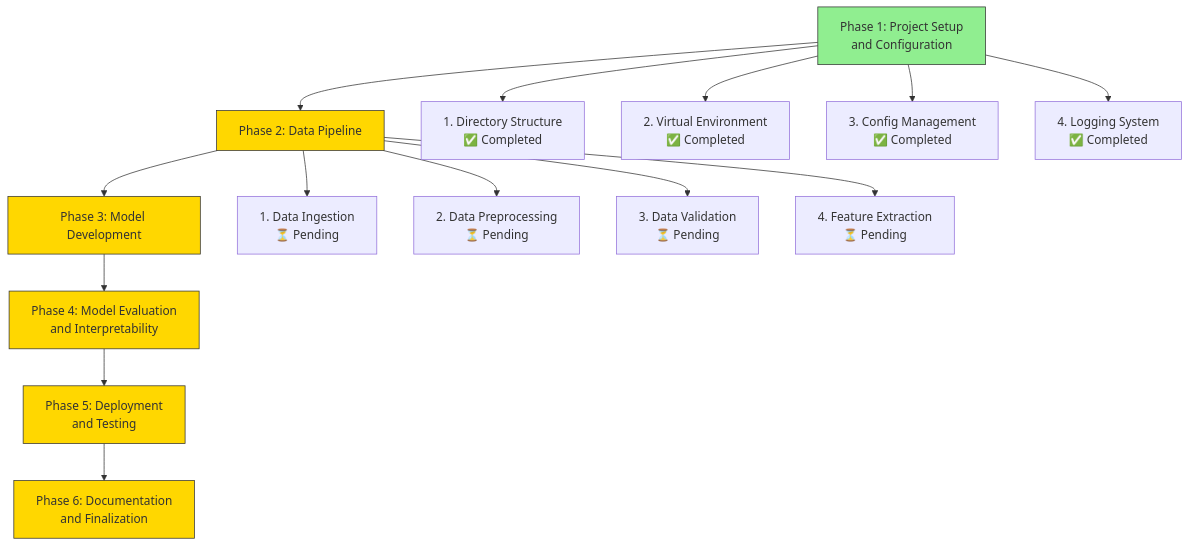
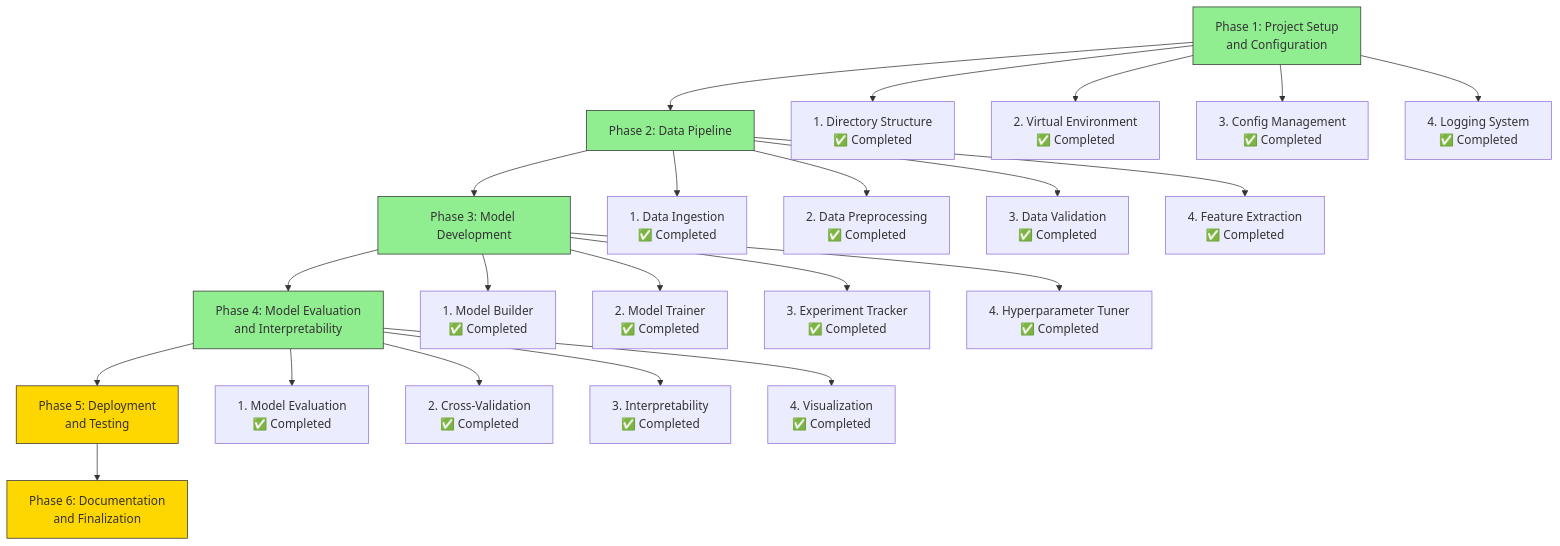
Before and after one commit to BrianZhang2018/ml_pipeline: the diagram in docs/progress_overview.md, drawn with Mermaid. The commit also changed other lines of this file and 17 other files, not shown here.

````diff
--- a/docs/progress_overview.md
+++ b/docs/progress_overview.md
@@ -7,25 +7,35 @@
 ```mermaid
 graph TD
     A[Phase 1: Project Setup<br/>and Configuration] --> B[Phase 2: Data Pipeline]
     B --> C[Phase 3: Model Development]
     C --> D[Phase 4: Model Evaluation<br/>and Interpretability]
     D --> E[Phase 5: Deployment<br/>and Testing]
     E --> F[Phase 6: Documentation<br/>and Finalization]
     
     A --> A1[1. Directory Structure<br/>✅ Completed]
     A --> A2[2. Virtual Environment<br/>✅ Completed]
     A --> A3[3. Config Management<br/>✅ Completed]
     A --> A4[4. Logging System<br/>✅ Completed]
     
-    B --> B1[1. Data Ingestion<br/>⏳ Pending]
-    B --> B2[2. Data Preprocessing<br/>⏳ Pending]
-    B --> B3[3. Data Validation<br/>⏳ Pending]
-    B --> B4[4. Feature Extraction<br/>⏳ Pending]
+    B --> B1[1. Data Ingestion<br/>✅ Completed]
+    B --> B2[2. Data Preprocessing<br/>✅ Completed]
+    B --> B3[3. Data Validation<br/>✅ Completed]
+    B --> B4[4. Feature Extraction<br/>✅ Completed]
+    
+    C --> C1[1. Model Builder<br/>✅ Completed]
+    C --> C2[2. Model Trainer<br/>✅ Completed]
+    C --> C3[3. Experiment Tracker<br/>✅ Completed]
+    C --> C4[4. Hyperparameter Tuner<br/>✅ Completed]
+    
+    D --> D1[1. Model Evaluation<br/>✅ Completed]
+    D --> D2[2. Cross-Validation<br/>✅ Completed]
+    D --> D3[3. Interpretability<br/>✅ Completed]
+    D --> D4[4. Visualization<br/>✅ Completed]
     
     style A fill:#90EE90,stroke:#333
-    style B fill:#FFD700,stroke:#333
-    style C fill:#FFD700,stroke:#333
-    style D fill:#FFD700,stroke:#333
+    style B fill:#90EE90,stroke:#333
+    style C fill:#90EE90,stroke:#333
+    style D fill:#90EE90,stroke:#333
     style E fill:#FFD700,stroke:#333
     style F fill:#FFD700,stroke:#333
 ```
````
